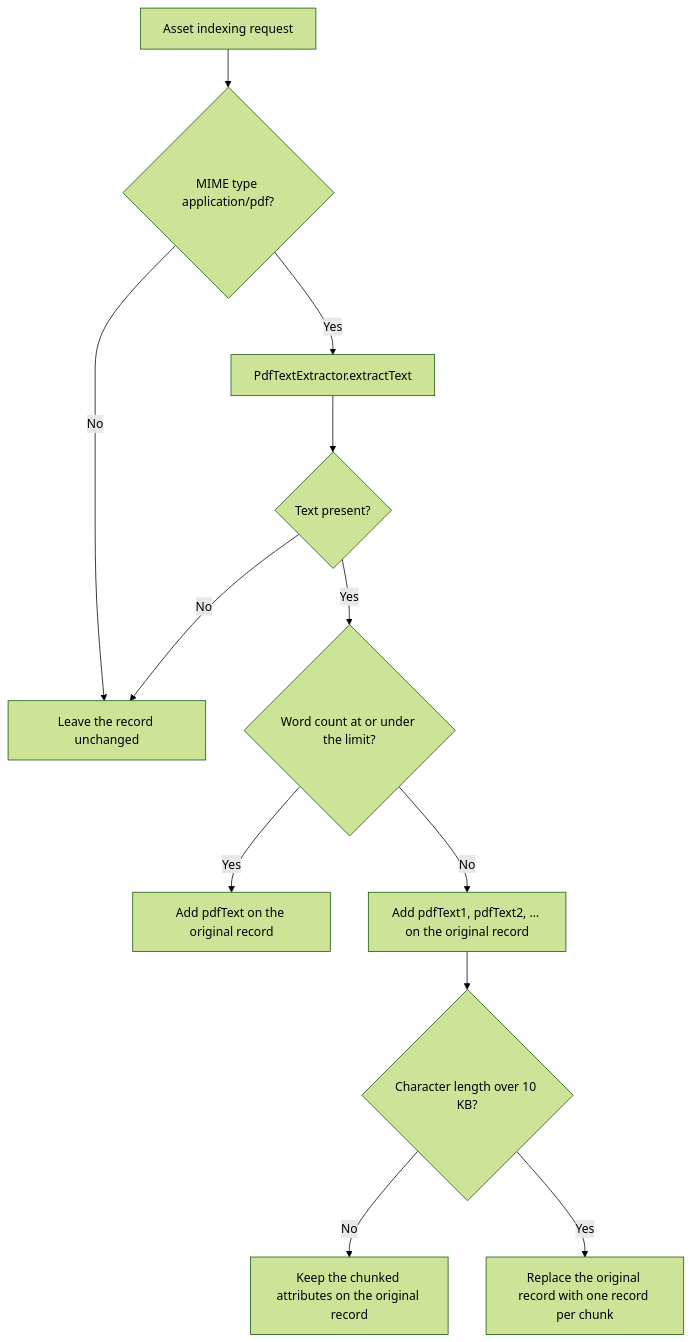
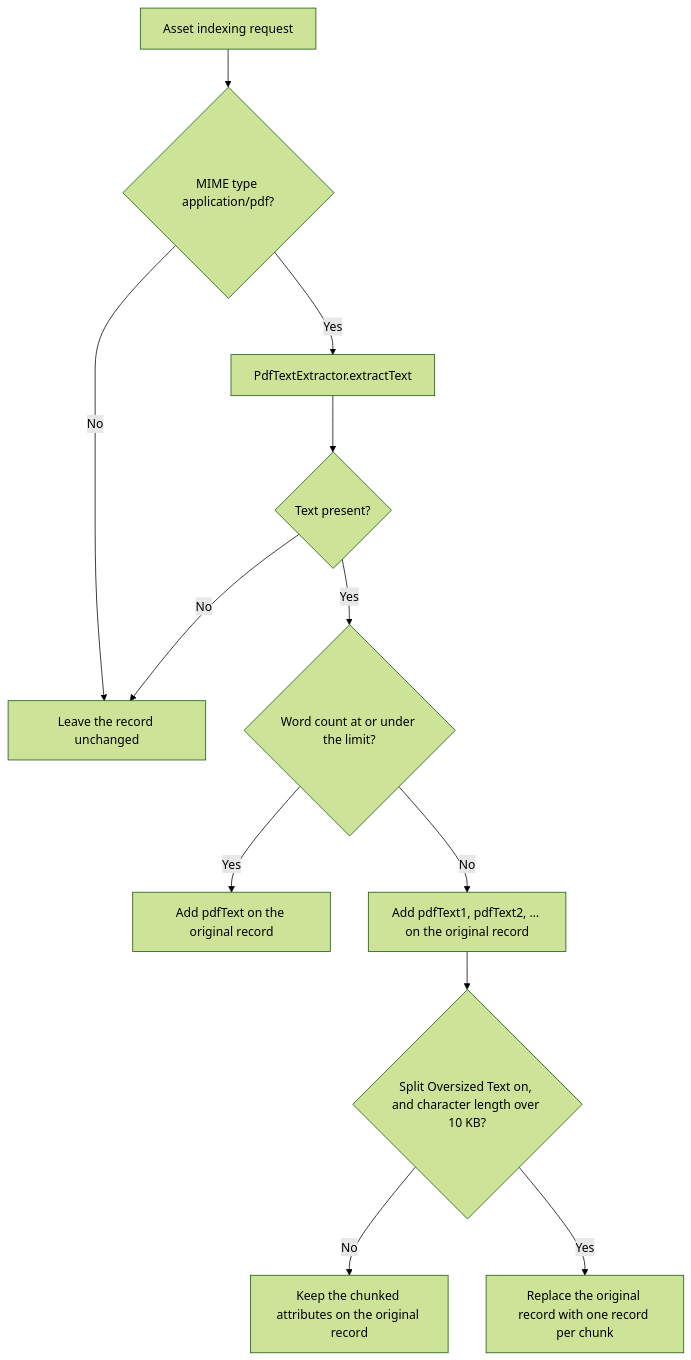
Before and after one commit to algolia/algolia-aem-extensions: the diagram in docs/PDF_TEXT.md, drawn with Mermaid (forest theme). The commit also changed other lines of this file and 27 other files, not shown here.

````diff
--- a/docs/PDF_TEXT.md
+++ b/docs/PDF_TEXT.md
@@ -27,14 +28,14 @@
 ```mermaid
 flowchart TD
     A[Asset indexing request] --> B{MIME type application/pdf?}
     B -->|No| Z[Leave the record unchanged]
     B -->|Yes| C[PdfTextExtractor.extractText]
     C --> D{Text present?}
     D -->|No| Z
     D -->|Yes| E{Word count at or under the limit?}
     E -->|Yes| F["Add pdfText on the original record"]
     E -->|No| G["Add pdfText1, pdfText2, … on the original record"]
-    G --> H{Character length over 10 KB?}
+    G --> H{Split Oversized Text on, and character length over 10 KB?}
     H -->|No| I[Keep the chunked attributes on the original record]
     H -->|Yes| J[Replace the original record with one record per chunk]
 ```
````
